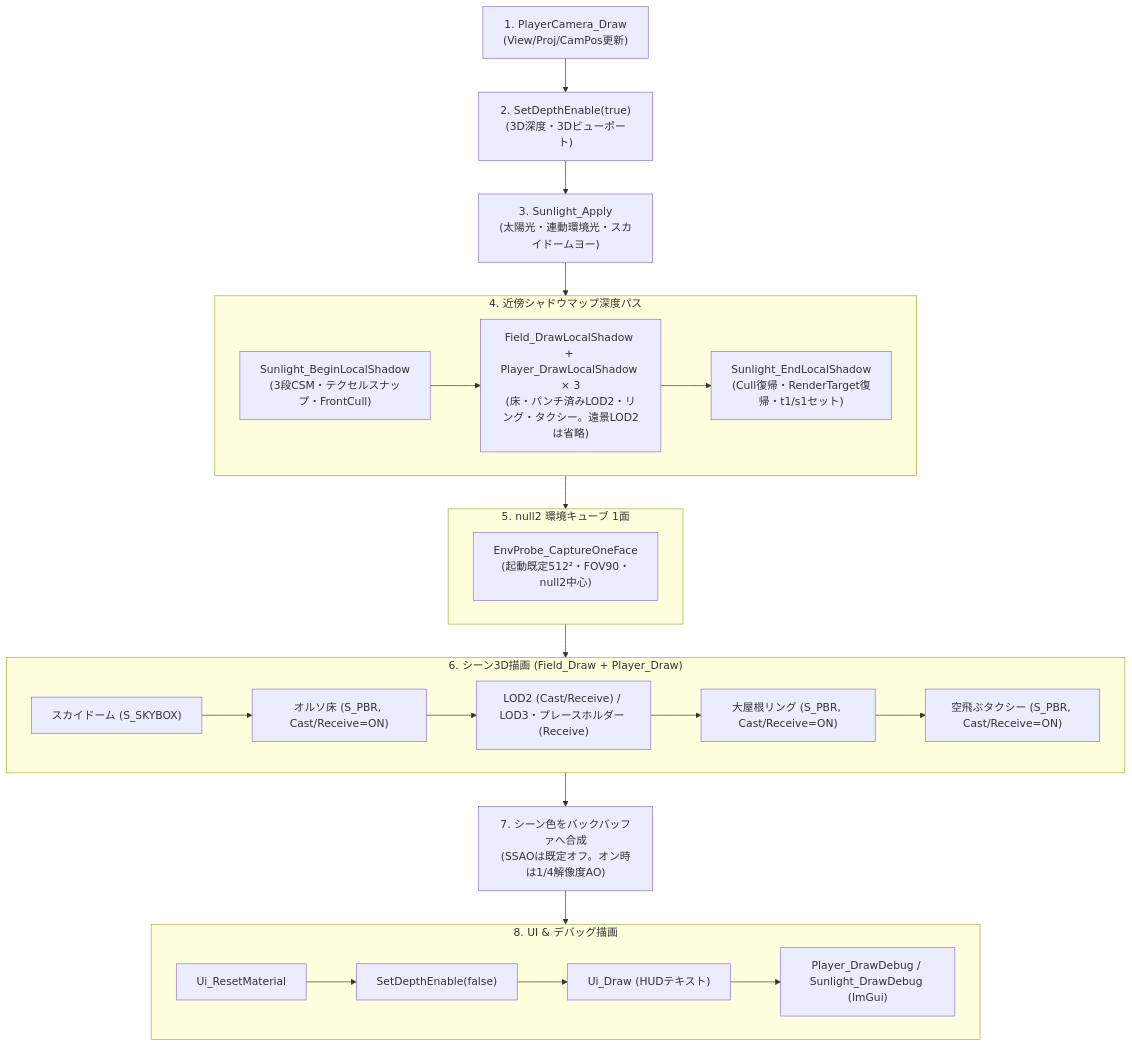
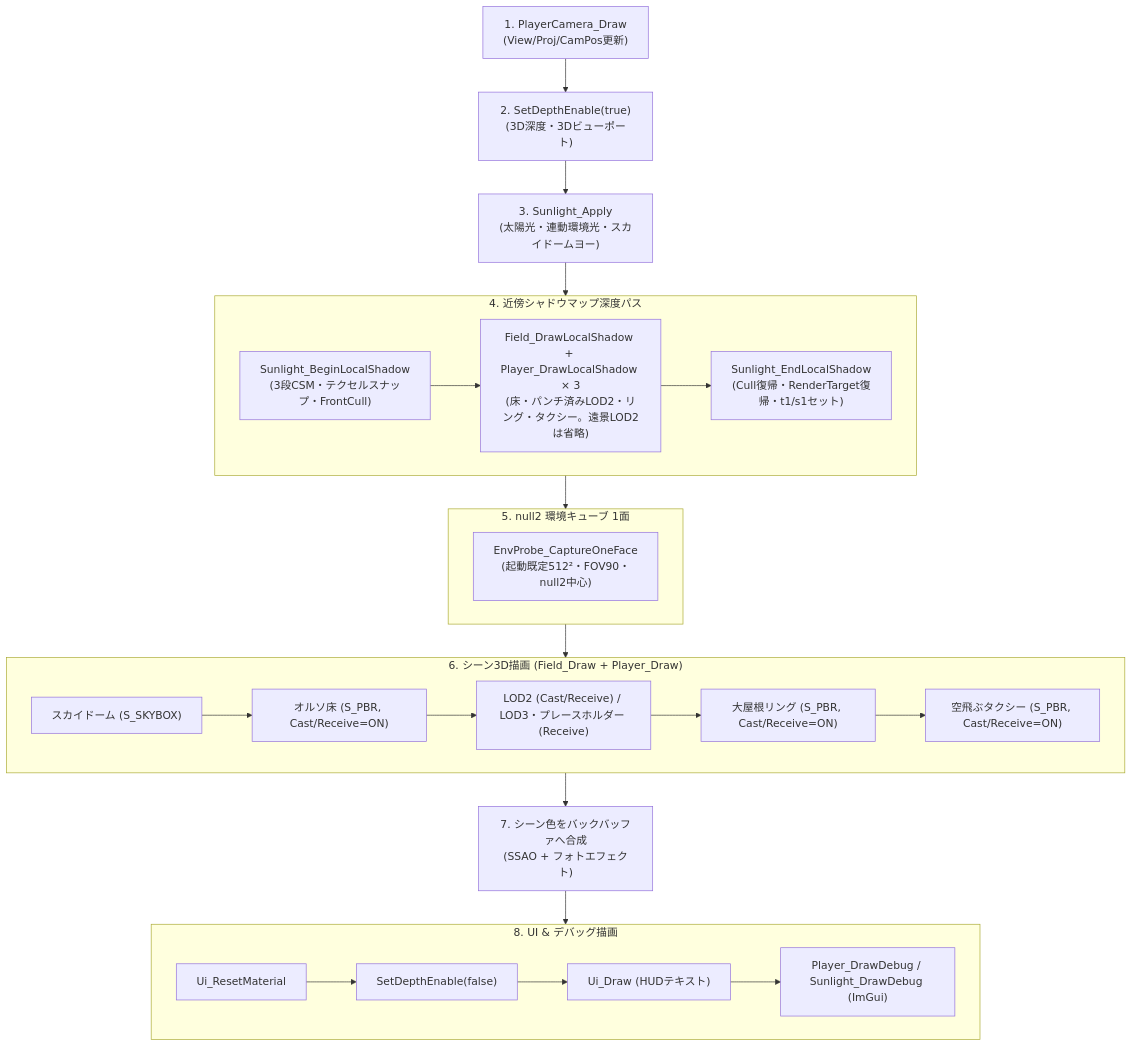
Before and after one commit to realryo1/E_X_P_O: the first of 2 diagrams in document_game/rendering_and_lighting.md, drawn with Mermaid. The commit also changed other lines of this file and 24 other files, not shown here.

````diff
--- a/document_game/rendering_and_lighting.md
+++ b/document_game/rendering_and_lighting.md
@@ -15,33 +15,33 @@
 ```mermaid
 flowchart TD
   cameraDraw["1. PlayerCamera_Draw<br>(View/Proj/CamPos更新)"]
   depthEnable["2. SetDepthEnable(true)<br>(3D深度・3Dビューポート)"]
   sunlightApply["3. Sunlight_Apply<br>(太陽光・連動環境光・スカイドームヨー)"]
   subgraph shadowPass ["4. 近傍シャドウマップ深度パス"]
     shadowBegin["Sunlight_BeginLocalShadow<br>(3段CSM・テクセルスナップ・FrontCull)"]
     shadowDraw["Field_DrawLocalShadow + Player_DrawLocalShadow × 3<br>(床・パンチ済みLOD2・リング・タクシー。遠景LOD2は省略)"]
     shadowEnd["Sunlight_EndLocalShadow<br>(Cull復帰・RenderTarget復帰・t1/s1セット)"]
     shadowBegin --> shadowDraw --> shadowEnd
   end
   subgraph probePass ["5. null2 環境キューブ 1面"]
     probeCapture["EnvProbe_CaptureOneFace<br>(起動既定512²・FOV90・null2中心)"]
   end
   subgraph mainPass ["6. シーン3D描画 (Field_Draw + Player_Draw)"]
     skyboxDraw["スカイドーム (S_SKYBOX)"]
     floorDraw["オルソ床 (S_PBR, Cast/Receive=ON)"]
     tileDraw["LOD2 (Cast/Receive) / LOD3・プレースホルダー (Receive)"]
     ringDraw["大屋根リング (S_PBR, Cast/Receive=ON)"]
     taxiDraw["空飛ぶタクシー (S_PBR, Cast/Receive=ON)"]
     skyboxDraw --> floorDraw --> tileDraw --> ringDraw --> taxiDraw
   end
-  ssaoPass["7. シーン色をバックバッファへ合成<br>(SSAOは既定オフ。オン時は1/4解像度AO)"]
+  ssaoPass["7. シーン色をバックバッファへ合成<br>(SSAO + フォトエフェクト)"]
   subgraph uiPass ["8. UI & デバッグ描画"]
     uiReset["Ui_ResetMaterial"]
     depthDisable["SetDepthEnable(false)"]
     uiDraw["Ui_Draw (HUDテキスト)"]
     debugDraw["Player_DrawDebug / Sunlight_DrawDebug (ImGui)"]
     uiReset --> depthDisable --> uiDraw --> debugDraw
   end
 
   cameraDraw --> depthEnable --> sunlightApply --> shadowPass --> probePass --> mainPass --> ssaoPass --> uiPass
 ```
````
